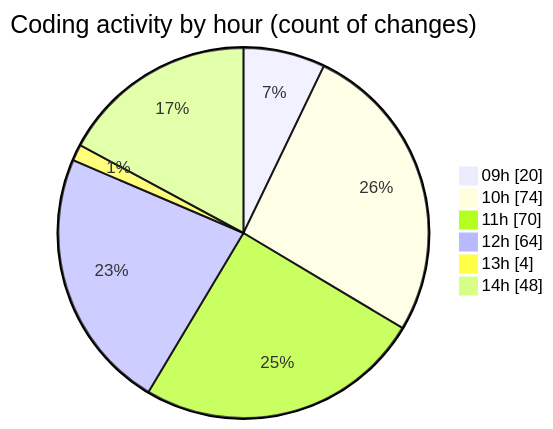
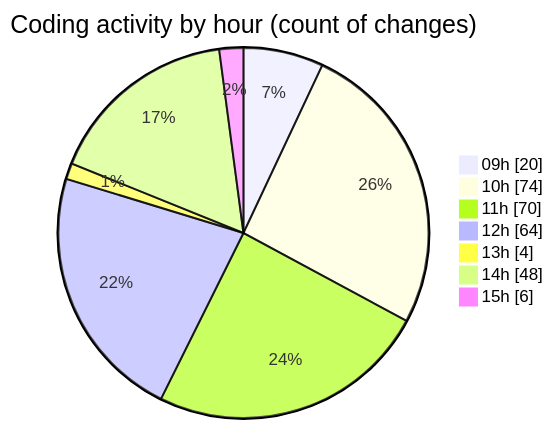
One commit to CELIANVF/code-tracking changed the second of 2 diagrams in 2025-06-06/ecodeli-1/README.md. Above: the diagram before and after it, drawn with Mermaid. The commit also changed other lines of this file and 1 other file, not shown here.

````diff
--- a/2025-06-06/ecodeli-1/README.md
+++ b/2025-06-06/ecodeli-1/README.md
@@ -105,10 +106,11 @@
 ```mermaid
 pie showData
 title Coding activity by hour (count of changes)
 "09h" : 20
 "10h" : 74
 "11h" : 70
 "12h" : 64
 "13h" : 4
 "14h" : 48
+"15h" : 6
 ```
````
